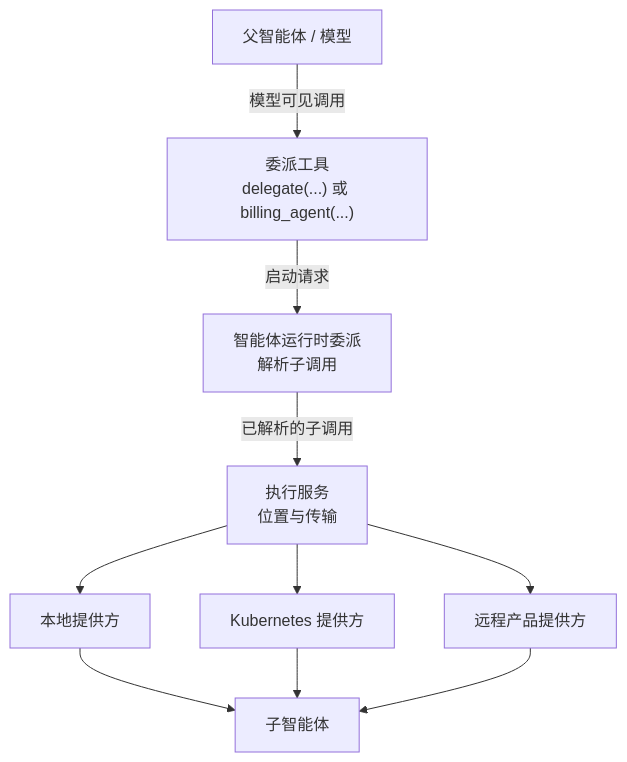
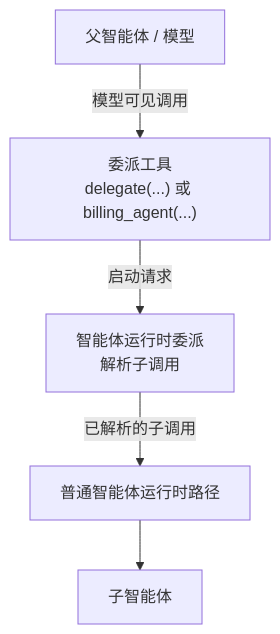
Before and after one commit to karaka-ai/karaka: the fourth of 6 diagrams in docs/architecture.zh.md, drawn with Mermaid. The commit also changed other lines of this file and 2 other files, not shown here.

Commit message:
docs: replace execution with transport seam

````diff
--- a/docs/architecture.zh.md
+++ b/docs/architecture.zh.md
@@ -335,21 +335,13 @@
 ```mermaid
 flowchart TB
   Parent["父智能体 / 模型"]
   Tool["委派工具<br/>delegate(...) 或 billing_agent(...)"]
   Service["智能体运行时委派<br/>解析子调用"]
-  Execution["执行服务<br/>位置与传输"]
-  Local["本地提供方"]
-  K8s["Kubernetes 提供方"]
-  Remote["远程产品提供方"]
+  Runtime["普通智能体运行时路径"]
   Child["子智能体"]
 
   Parent -->|模型可见调用| Tool
   Tool -->|启动请求| Service
-  Service -->|已解析的子调用| Execution
-  Execution --> Local
-  Execution --> K8s
-  Execution --> Remote
-  Local --> Child
-  K8s --> Child
-  Remote --> Child
+  Service -->|已解析的子调用| Runtime
+  Runtime --> Child
 ```
````
